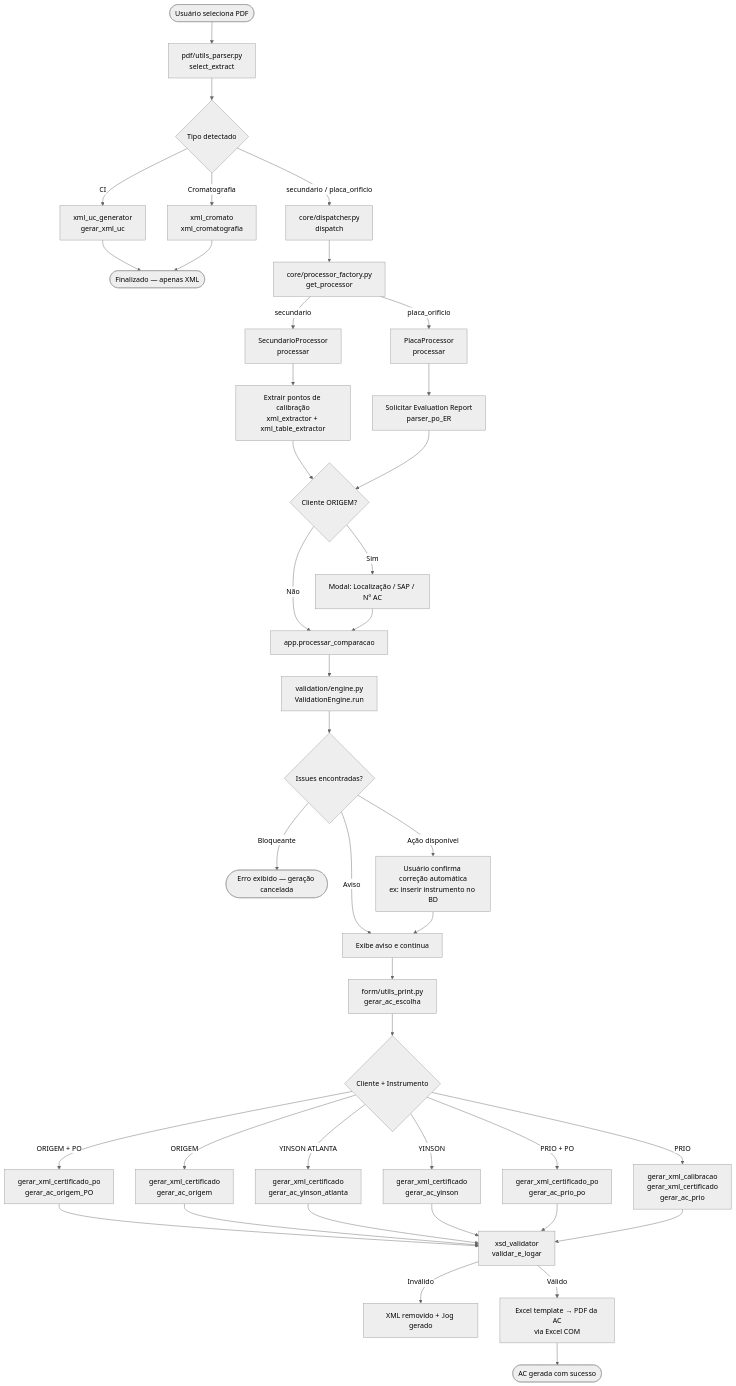
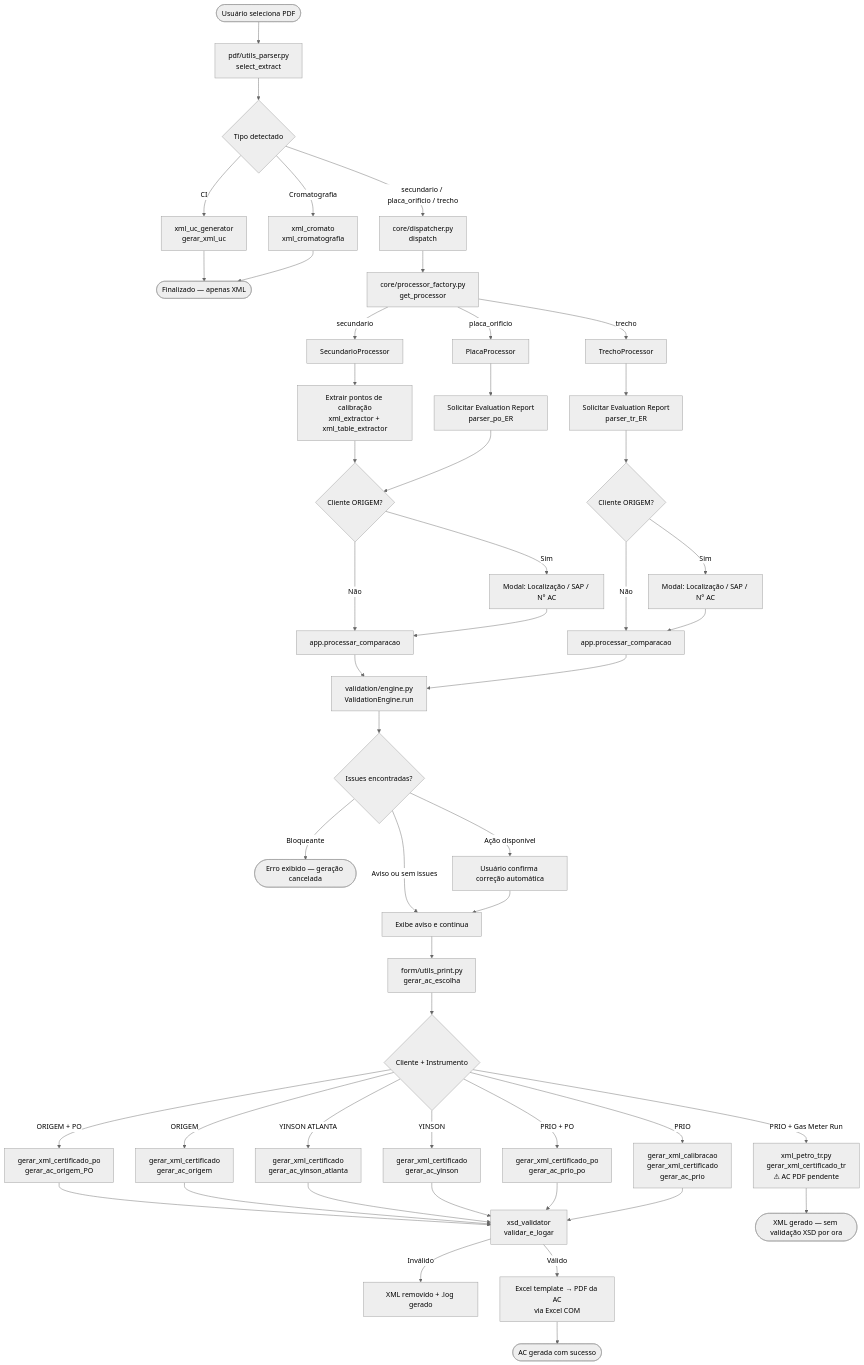
The first of 4 diagrams in DOCUMENTACAO.md (1998-sys/AC-s_app), drawn with Mermaid (neutral theme) before and after one commit. The commit also changed other lines of this file, not shown here.

````diff
--- a/DOCUMENTACAO.md
+++ b/DOCUMENTACAO.md
@@ -76,57 +80,69 @@
 ```mermaid
 flowchart TD
     A([Usuário seleciona PDF]) --> B[pdf/utils_parser.py\nselect_extract]
     B --> C{Tipo detectado}
 
     C -->|CI| D[xml_uc_generator\ngerar_xml_uc]
     C -->|Cromatografia| E[xml_cromato\nxml_cromatografia]
-    C -->|secundario / placa_orificio| F[core/dispatcher.py\ndispatch]
+    C -->|secundario / placa_orificio / trecho| F[core/dispatcher.py\ndispatch]
 
     D --> Z([Finalizado — apenas XML])
     E --> Z
 
     F --> G[core/processor_factory.py\nget_processor]
 
-    G -->|secundario| H[SecundarioProcessor\nprocessar]
-    G -->|placa_orificio| I[PlacaProcessor\nprocessar]
+    G -->|secundario| H[SecundarioProcessor]
+    G -->|placa_orificio| I[PlacaProcessor]
+    G -->|trecho| TR[TrechoProcessor]
 
     H --> J[Extrair pontos de calibração\nxml_extractor + xml_table_extractor]
     I --> K[Solicitar Evaluation Report\nparser_po_ER]
+    TR --> TRK[Solicitar Evaluation Report\nparser_tr_ER]
 
     J --> L{Cliente ORIGEM?}
     K --> L
+    TRK --> TRL{Cliente ORIGEM?}
 
     L -->|Sim| M[Modal: Localização / SAP / N° AC]
     L -->|Não| N[app.processar_comparacao]
     M --> N
 
+    TRL -->|Sim| TRM[Modal: Localização / SAP / N° AC]
+    TRL -->|Não| TRN[app.processar_comparacao]
+    TRM --> TRN
+
     N --> O[validation/engine.py\nValidationEngine.run]
+    TRN --> O
+
     O --> P{Issues encontradas?}
 
     P -->|Bloqueante| Q([Erro exibido — geração cancelada])
-    P -->|Ação disponível| R[Usuário confirma correção automática\nex: inserir instrumento no BD]
-    P -->|Aviso| S[Exibe aviso e continua]
+    P -->|Ação disponível| R[Usuário confirma correção automática]
+    P -->|Aviso ou sem issues| S[Exibe aviso e continua]
     R --> S
     S --> T[form/utils_print.py\ngerar_ac_escolha]
 
     T --> U{Cliente + Instrumento}
 
     U -->|ORIGEM + PO| V[gerar_xml_certificado_po\ngerar_ac_origem_PO]
     U -->|ORIGEM| W[gerar_xml_certificado\ngerar_ac_origem]
     U -->|YINSON ATLANTA| X1[gerar_xml_certificado\ngerar_ac_yinson_atlanta]
     U -->|YINSON| X2[gerar_xml_certificado\ngerar_ac_yinson]
     U -->|PRIO + PO| Y[gerar_xml_certificado_po\ngerar_ac_prio_po]
+    U -->|PRIO + Gas Meter Run| TR2[xml_petro_tr.py\ngerar_xml_certificado_tr\n⚠ AC PDF pendente]
     U -->|PRIO| Z2[gerar_xml_calibracao\ngerar_xml_certificado\ngerar_ac_prio]
 
     V --> VAL[xsd_validator\nvalidar_e_logar]
     W --> VAL
     X1 --> VAL
     X2 --> VAL
     Y --> VAL
     Z2 --> VAL
 
+    TR2 --> TRFIM([XML gerado — sem validação XSD por ora])
+
     VAL -->|Inválido| ERR[XML removido + .log gerado]
     VAL -->|Válido| PDF[Excel template → PDF da AC\nvia Excel COM]
 
     PDF --> FIM([AC gerada com sucesso])
 ```
````
